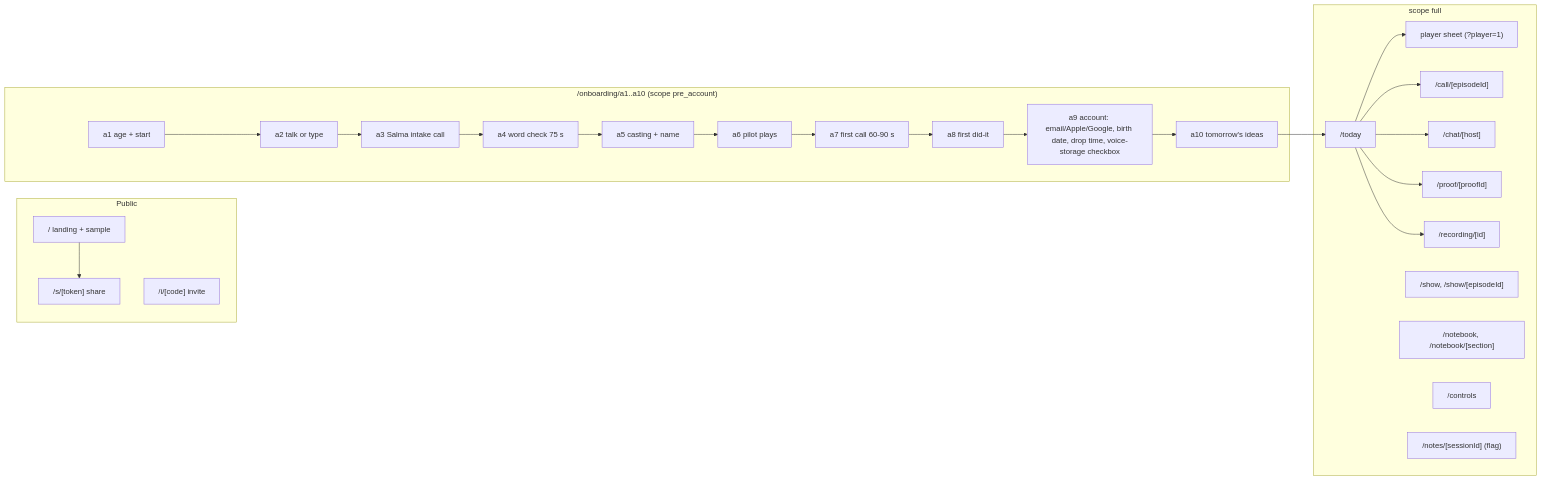
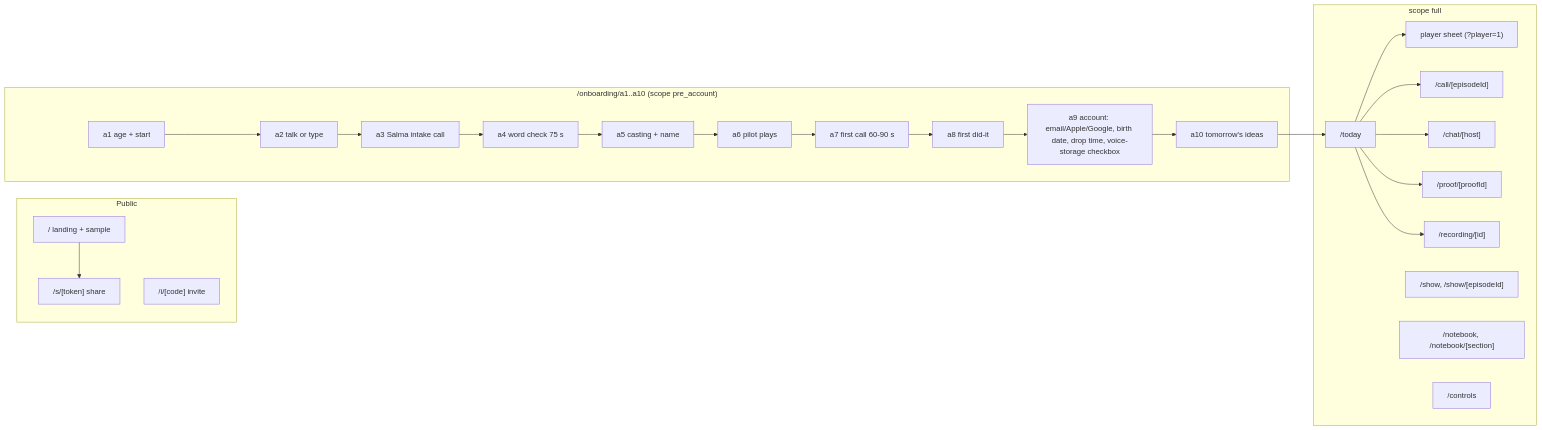
One commit to Muath-8/For-one changed the first of 2 diagrams in technical-design/07-client.md. Above: the diagram before and after it, drawn with Mermaid. The commit also changed other lines of this file and 11 other files, not shown here.

First line of the commit message:
Align the technical design with the architecture decision records

````diff
--- a/technical-design/07-client.md
+++ b/technical-design/07-client.md
@@ -7,22 +7,21 @@
 ```mermaid
 flowchart LR
   subgraph Public
     L["/ landing + sample"] --> S["/s/[token] share"]
     I["/i/[code] invite"]
   end
   subgraph Onboarding["/onboarding/a1..a10 (scope pre_account)"]
     A1[a1 age + start] --> A2[a2 talk or type] --> A3[a3 Salma intake call] --> A4[a4 word check 75 s] --> A5[a5 casting + name] --> A6[a6 pilot plays] --> A7[a7 first call 60-90 s] --> A8[a8 first did-it] --> A9[a9 account: email/Apple/Google, birth date, drop time, voice-storage checkbox] --> A10[a10 tomorrow's ideas]
   end
   subgraph App["scope full"]
     T["/today"] --> P["player sheet (?player=1)"]
     T --> C["/call/[episodeId]"]
     T --> CH["/chat/[host]"]
     T --> PR["/proof/[proofId]"]
     T --> R["/recording/[id]"]
     SH["/show, /show/[episodeId]"]
     NB["/notebook, /notebook/[section]"]
     CO["/controls"]
-    N["/notes/[sessionId] (flag)"]
   end
   A10 --> T
 ```
````
